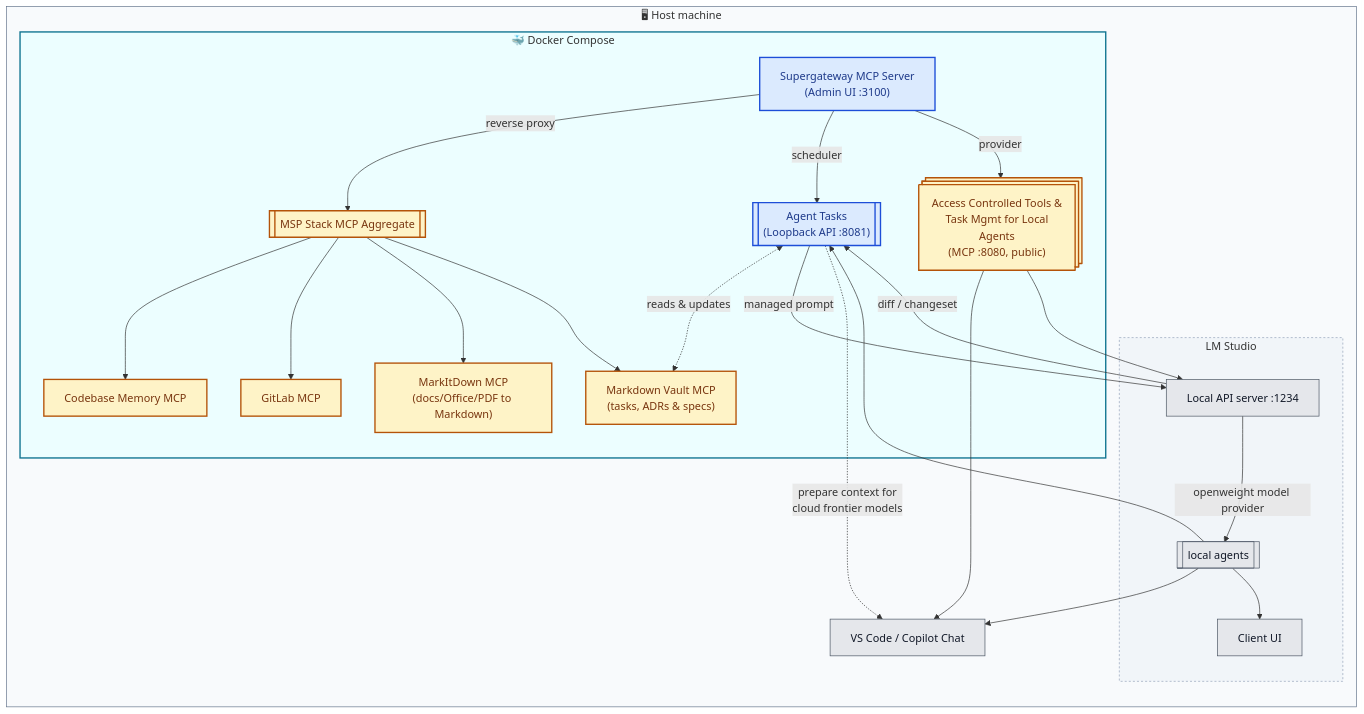
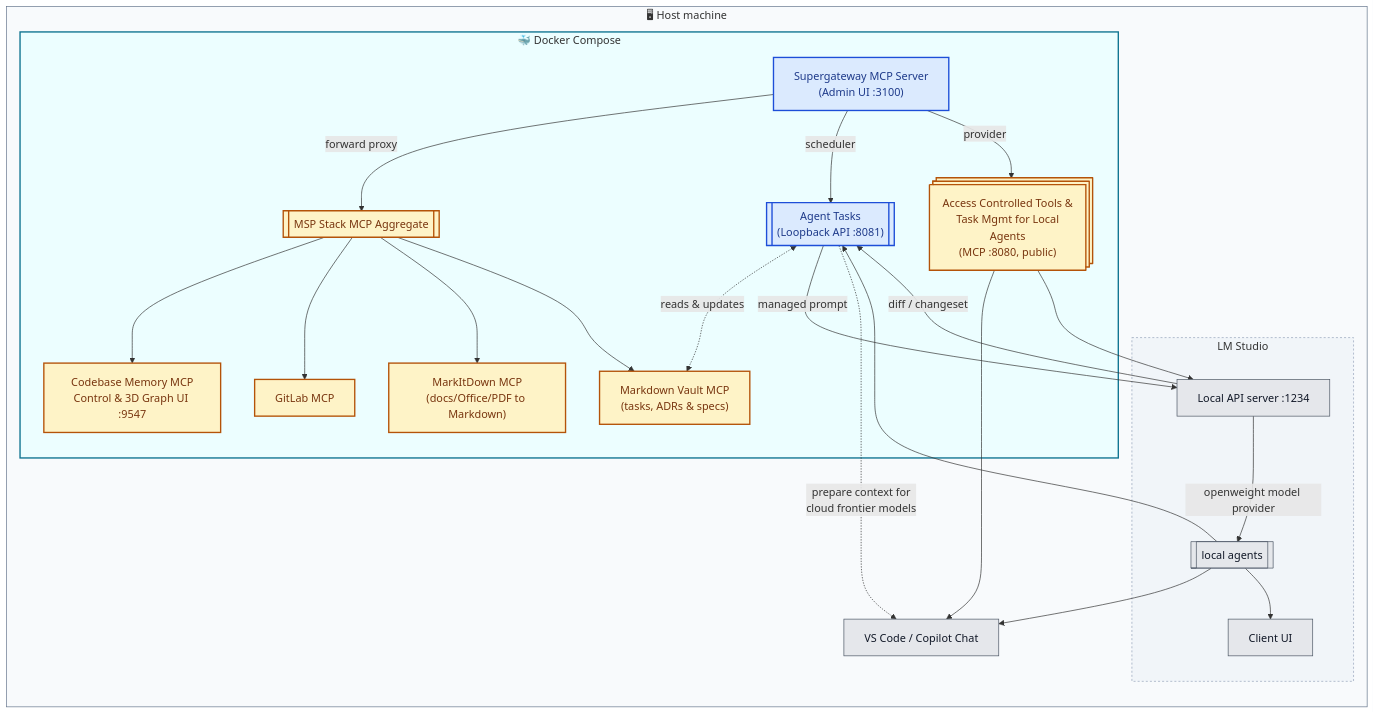
One commit to Flexi23/vscode-mcp-supergateway changed the diagram in README.md. Above: the diagram before and after it, drawn with Mermaid. The commit also changed other lines of this file and 5 other files, not shown here.

First line of the commit message:
feat: expose codebase-memory graph UI on port 9749 (v2.1.0)

````diff
--- a/README.md
+++ b/README.md
@@ -21,70 +21,70 @@
 ```mermaid
 graph LR
     subgraph Host["🖥 Host machine"]
         Copilot["VS Code / Copilot Chat"]
 
         subgraph LMStudio["LM Studio"]
           LMStudioServer["Local API server :1234"]
           LMStudioUI["Client UI"]
           LocalAgents@{ shape: subproc, label: "local agents" }
         end
 
         subgraph Docker["🐳 Docker Compose"]
             Supergateway["Supergateway MCP Server<br/>(Admin UI :3100)"]
 
             Loopback@{ shape: subproc, label: "Agent Tasks<br/>(Loopback API :8081)" }
             Proxy@{ shape: subproc, label: "MSP Stack MCP Aggregate" }
             MCP@{ shape: processes, label: "Access Controlled Tools &<br/> Task Mgmt for Local Agents<br/>(MCP :8080, public)" }
 
             MarkdownVault["Markdown Vault MCP<br/>(tasks, ADRs & specs)"]
-            CodebaseMemory["Codebase Memory MCP"]
+            CodebaseMemory["Codebase Memory MCP<br>Control & 3D Graph UI :9547"]
             GitLab["GitLab MCP"]
             MarkItDown["MarkItDown MCP<br/>(docs/Office/PDF to Markdown)"]
         end
     end
 
-    Supergateway --> |reverse proxy| Proxy
+    Supergateway --> |forward proxy| Proxy
     Supergateway --> |scheduler| Loopback
     Loopback <-. reads & updates .-> MarkdownVault
     Supergateway --> |provider|MCP
 
     MCP --> Copilot
     MCP --> LMStudioServer
 
     LMStudioServer --> |openweight model provider| LocalAgents
     LMStudioServer --> |diff / changeset| Loopback
     Loopback --> |managed prompt| LMStudioServer
     Loopback -. prepare context for<br/> cloud frontier models .-> Copilot
 
     LocalAgents --> Copilot
     LocalAgents --> Loopback
     LocalAgents --> LMStudioUI
 
     Proxy --> CodebaseMemory
     Proxy --> GitLab
     Proxy --> MarkItDown
     Proxy --> MarkdownVault
 
-    click Supergateway "src/gateway.ts" "Entry point: src/gateway.ts (main())"
-    click Loopback "src/server.ts" "Entry point: src/server.ts (startBackendServer)"
+    click Supergateway "blob/main/src/gateway.ts" "Entry point: src/gateway.ts (main())"
+    click Loopback "blob/main/src/server.ts" "Entry point: src/server.ts (startBackendServer)"
     click Proxy href "https://www.npmjs.com/package/@mspstack/mcp-gateway" "npm: @mspstack/mcp-gateway" _blank
     click MCP href "https://www.npmjs.com/package/@mspstack/mcp-gateway" "npm: @mspstack/mcp-gateway (RBAC & tool access)" _blank
     click MarkdownVault href "https://www.npmjs.com/package/@wirux/mcp-markdown-vault" "npm: @wirux/mcp-markdown-vault" _blank
     click CodebaseMemory href "https://www.npmjs.com/package/codebase-memory-mcp" "npm: codebase-memory-mcp" _blank
     click GitLab href "https://www.npmjs.com/package/@zereight/mcp-gitlab" "npm: @zereight/mcp-gitlab" _blank
     click MarkItDown href "https://pypi.org/project/markitdown-mcp/" "PyPI: markitdown-mcp" _blank
     click LMStudioServer href "https://lmstudio.ai/docs/app/api" "LM Studio local server docs" _blank
     click LMStudioUI href "https://lmstudio.ai/" "LM Studio" _blank
 
     classDef entryPoint fill:#dbeafe,stroke:#1d4ed8,stroke-width:2px,color:#1e3a8a;
     classDef thirdParty fill:#fef3c7,stroke:#b45309,stroke-width:2px,color:#78350f;
     classDef hostApp fill:#e5e7eb,stroke:#4b5563,stroke-width:1px,color:#111827;
 
     class Supergateway,Loopback entryPoint;
     class Proxy,MCP,MarkdownVault,CodebaseMemory,GitLab,MarkItDown thirdParty;
     class Copilot,LMStudioServer,LMStudioUI,LocalAgents hostApp;
 
     style Host fill:#f8fafc,stroke:#64748b,stroke-width:1px
     style LMStudio fill:#f1f5f9,stroke:#94a3b8,stroke-width:1px,stroke-dasharray: 3 3
     style Docker fill:#ecfeff,stroke:#0e7490,stroke-width:2px
 ```
````
